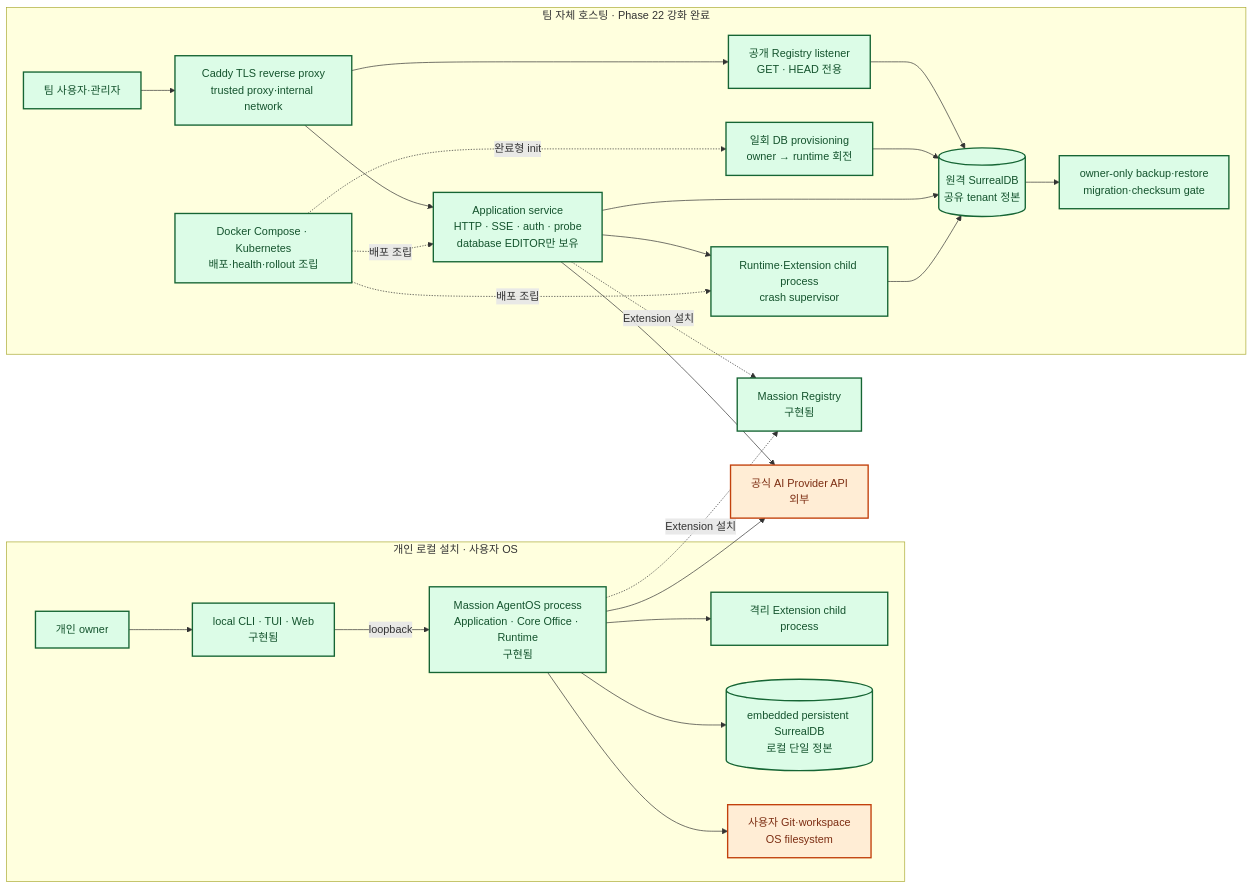
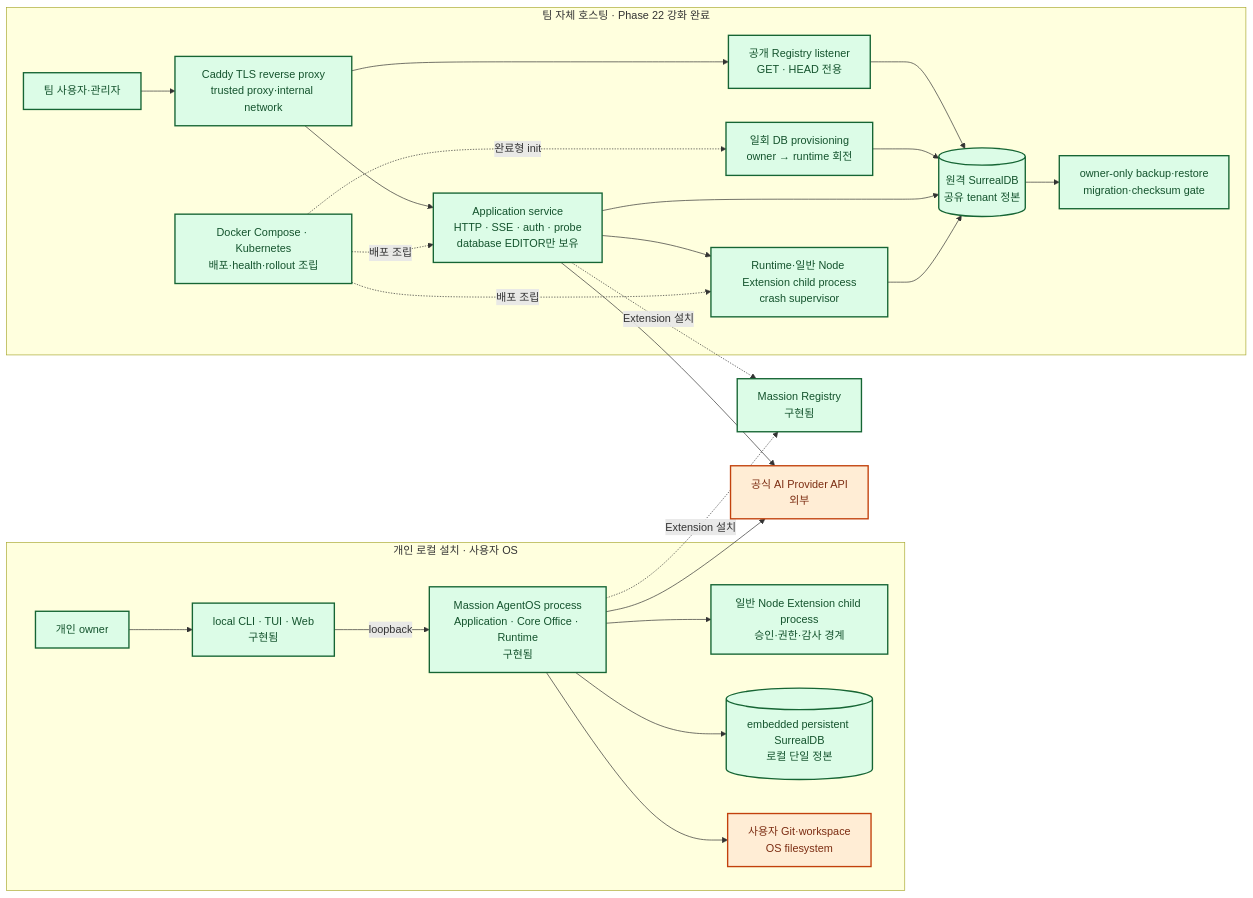
Diagram 11 of 11 in docs/architecture/README.md (jabdori/massion), drawn with Mermaid before and after one commit. The commit also changed other lines of this file and 6 other files, not shown here.

````diff
--- a/docs/architecture/README.md
+++ b/docs/architecture/README.md
@@ -618,54 +631,54 @@
 ```mermaid
 flowchart LR
   classDef implemented fill:#dcfce7,stroke:#166534,color:#14532d,stroke-width:2px;
   classDef implementing fill:#dbeafe,stroke:#1d4ed8,color:#1e3a8a,stroke-width:3px;
   classDef planned fill:#f3f4f6,stroke:#6b7280,color:#374151,stroke-width:1px,stroke-dasharray:5 5;
   classDef external fill:#ffedd5,stroke:#c2410c,color:#7c2d12,stroke-width:2px;
 
   subgraph Local["개인 로컬 설치 · 사용자 OS"]
     LocalUser["개인 owner"]:::implemented
     LocalSurface["local CLI · TUI · Web<br/>구현됨"]:::implemented
     LocalCore["Massion AgentOS process<br/>Application · Core Office · Runtime<br/>구현됨"]:::implemented
-    LocalWorkers["격리 Extension child process"]:::implemented
+    LocalWorkers["일반 Node Extension child process<br/>승인·권한·감사 경계"]:::implemented
     LocalDB[("embedded persistent SurrealDB<br/>로컬 단일 정본")]:::implemented
     LocalFiles["사용자 Git·workspace<br/>OS filesystem"]:::external
 
     LocalUser --> LocalSurface
     LocalSurface -->|loopback| LocalCore
     LocalCore --> LocalDB
     LocalCore --> LocalWorkers
     LocalCore --> LocalFiles
   end
 
   subgraph Team["팀 자체 호스팅 · Phase 22 강화 완료"]
     TeamUsers["팀 사용자·관리자"]:::implemented
     Proxy["Caddy TLS reverse proxy<br/>trusted proxy·internal network"]:::implemented
     Apps["Application service<br/>HTTP · SSE · auth · probe<br/>database EDITOR만 보유"]:::implemented
     RegistryRead["공개 Registry listener<br/>GET · HEAD 전용"]:::implemented
     Provision["일회 DB provisioning<br/>owner → runtime 회전"]:::implemented
-    RuntimePool["Runtime·Extension child process<br/>crash supervisor"]:::implemented
+    RuntimePool["Runtime·일반 Node Extension child process<br/>crash supervisor"]:::implemented
     SharedDB[("원격 SurrealDB<br/>공유 tenant 정본")]:::implemented
     Backup["owner-only backup·restore<br/>migration·checksum gate"]:::implemented
     K8s["Docker Compose · Kubernetes<br/>배포·health·rollout 조립"]:::implemented
 
     TeamUsers --> Proxy
     Proxy --> Apps
     Proxy --> RegistryRead
     RegistryRead --> SharedDB
     Provision --> SharedDB
     Apps --> RuntimePool
     Apps --> SharedDB
     RuntimePool --> SharedDB
     SharedDB --> Backup
     K8s -. "배포 조립" .-> Apps
     K8s -. "완료형 init" .-> Provision
     K8s -. "배포 조립" .-> RuntimePool
   end
 
   Registry["Massion Registry<br/>구현됨"]:::implemented
   Providers["공식 AI Provider API<br/>외부"]:::external
   LocalCore --> Providers
   Apps --> Providers
   LocalCore -. "Extension 설치" .-> Registry
   Apps -. "Extension 설치" .-> Registry
 ```
````
